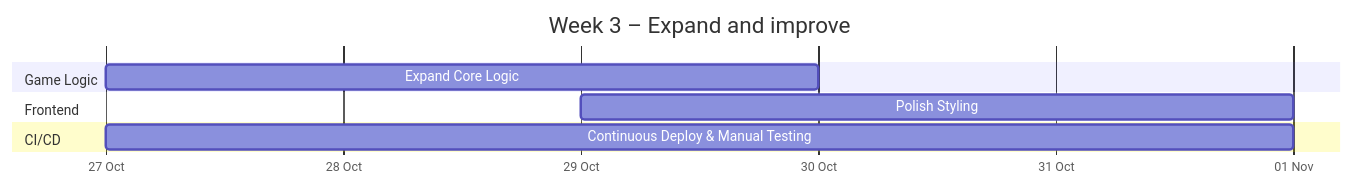
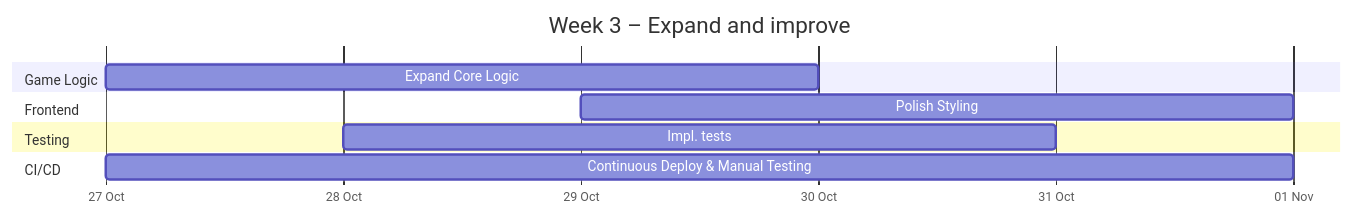
Before and after one commit to salt-community/pp-amanda: the third of 4 diagrams in README.md, drawn with Mermaid.

Commit message:
updating week3 planning

````diff
--- a/README.md
+++ b/README.md
@@ -88,16 +88,19 @@
 ```mermaid
 gantt
     title Week 3 – Expand and improve
     dateFormat  YYYY-MM-DD
     axisFormat  %d %b
     tickInterval 1day
 
     section Game Logic
         Expand Core Logic                           :c1, 2025-10-27, 3d
 
     section Frontend
         Polish Styling                              :c3, 2025-10-29, 3d
+        
+    section Testing
+        Impl. tests                              :c3, 2025-10-28, 3d
 
     section CI/CD
         Continuous Deploy & Manual Testing          :c5, 2025-10-27, 5d
 ```
````
